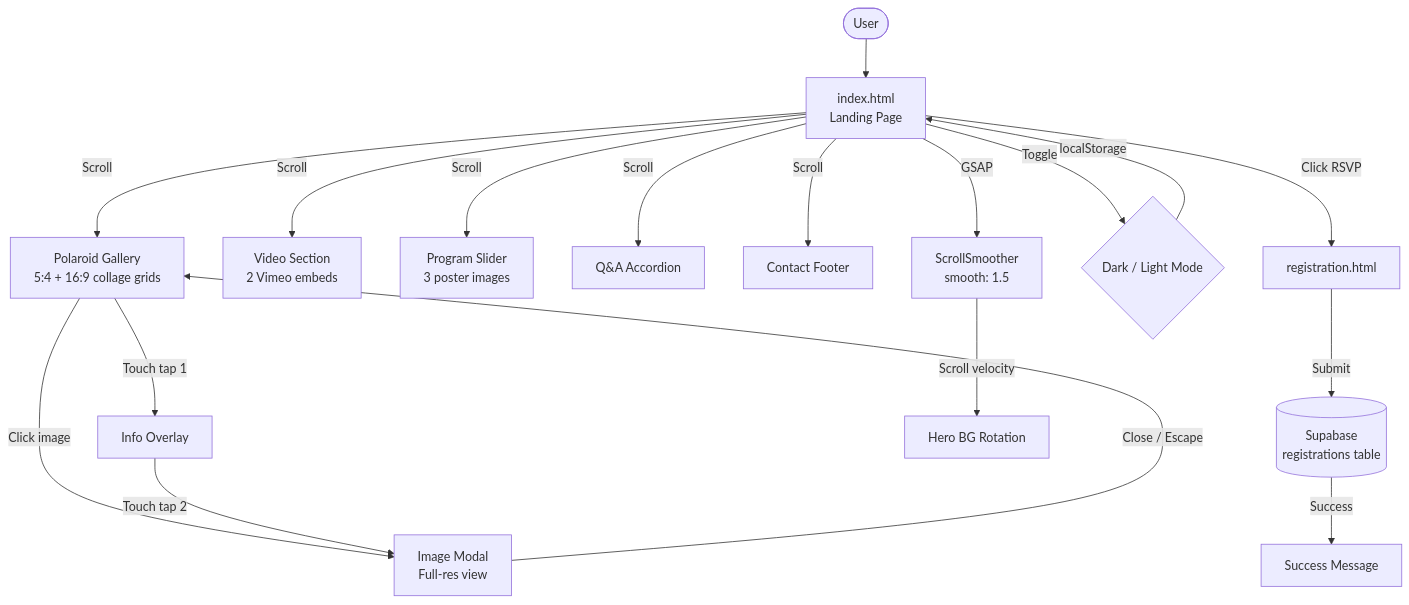
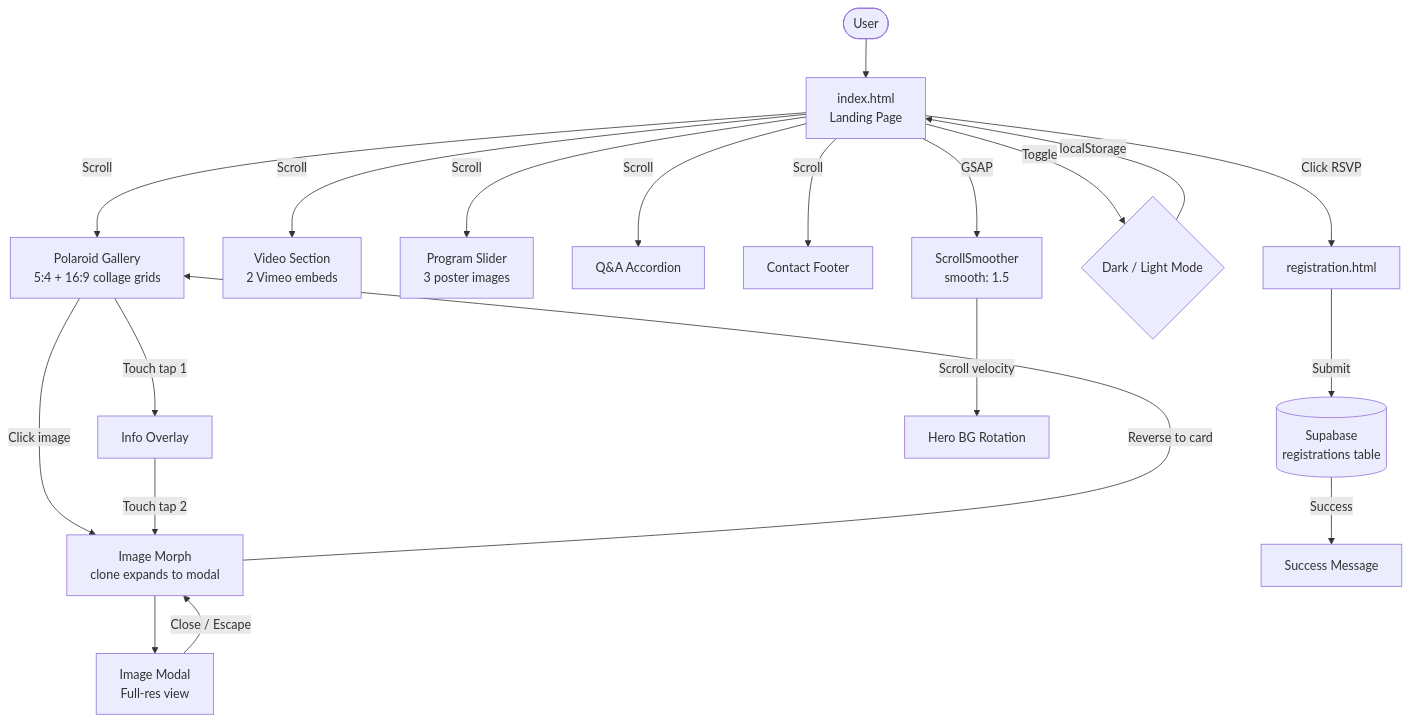
Before and after one commit to hoangngo-sudo/drincatuic: the first of 3 diagrams in README.md, drawn with Mermaid. The commit also changed other lines of this file, not shown here.

````diff
--- a/README.md
+++ b/README.md
@@ -13,24 +13,26 @@
 ```mermaid
 flowchart TB
     USER([User]) --> IDX["index.html<br/>Landing Page"]
     IDX --> |Scroll| GALLERY["Polaroid Gallery<br/>5:4 + 16:9 collage grids"]
     IDX --> |Scroll| VIDEOS["Video Section<br/>2 Vimeo embeds"]
     IDX --> |Scroll| PROGRAM["Program Slider<br/>3 poster images"]
     IDX --> |Scroll| QA["Q&A Accordion"]
     IDX --> |Scroll| CONTACT["Contact Footer"]
     IDX --> |Click RSVP| REG["registration.html"]
 
-    GALLERY --> |Click image| MODAL["Image Modal<br/>Full-res view"]
+    GALLERY --> |Click image| MORPH["Image Morph<br/>clone expands to modal"]
     GALLERY --> |Touch tap 1| INFO["Info Overlay"]
-    INFO --> |Touch tap 2| MODAL
-    MODAL --> |Close / Escape| GALLERY
+    INFO --> |Touch tap 2| MORPH
+    MORPH --> MODAL["Image Modal<br/>Full-res view"]
+    MODAL --> |Close / Escape| MORPH
+    MORPH --> |Reverse to card| GALLERY
 
     REG --> |Submit| SUPA[("Supabase<br/>registrations table")]
     SUPA --> |Success| SUCCESS["Success Message"]
 
     IDX --> |Toggle| THEME{"Dark / Light Mode"}
     THEME --> |localStorage| IDX
 
     IDX --> |GSAP| SMOOTH["ScrollSmoother<br/>smooth: 1.5"]
     SMOOTH --> |Scroll velocity| ROTATE["Hero BG Rotation"]
 ```
````
